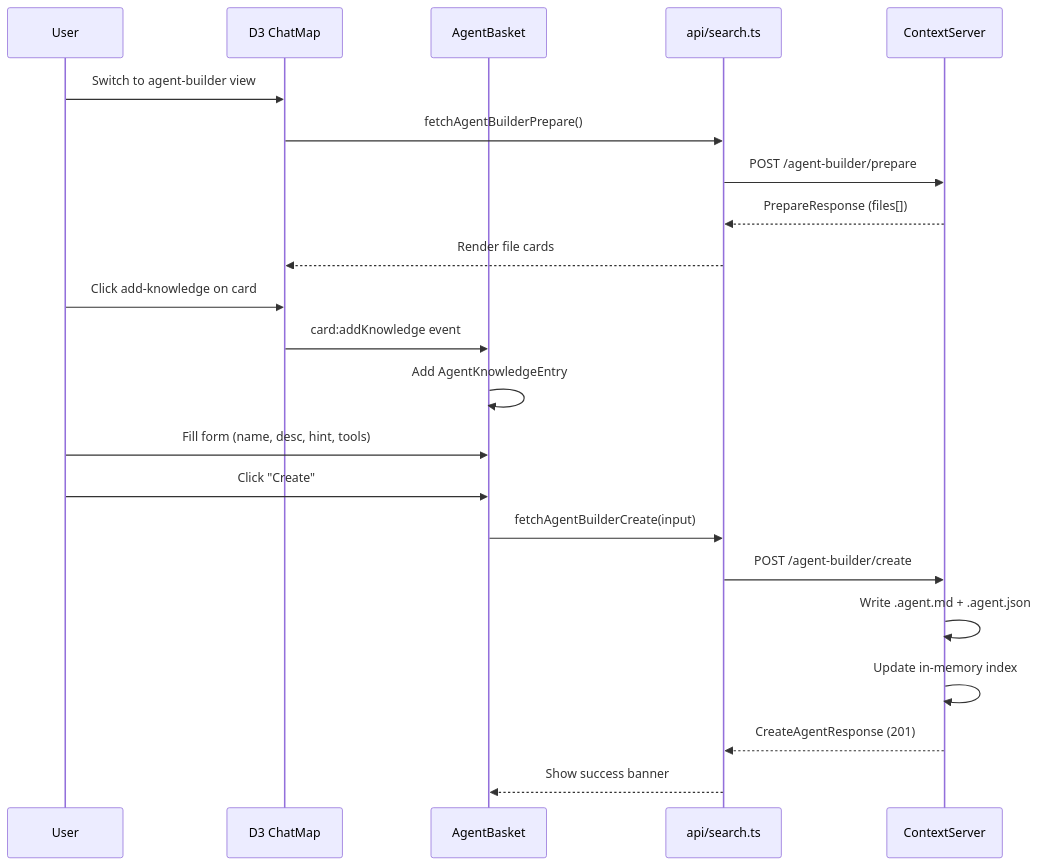
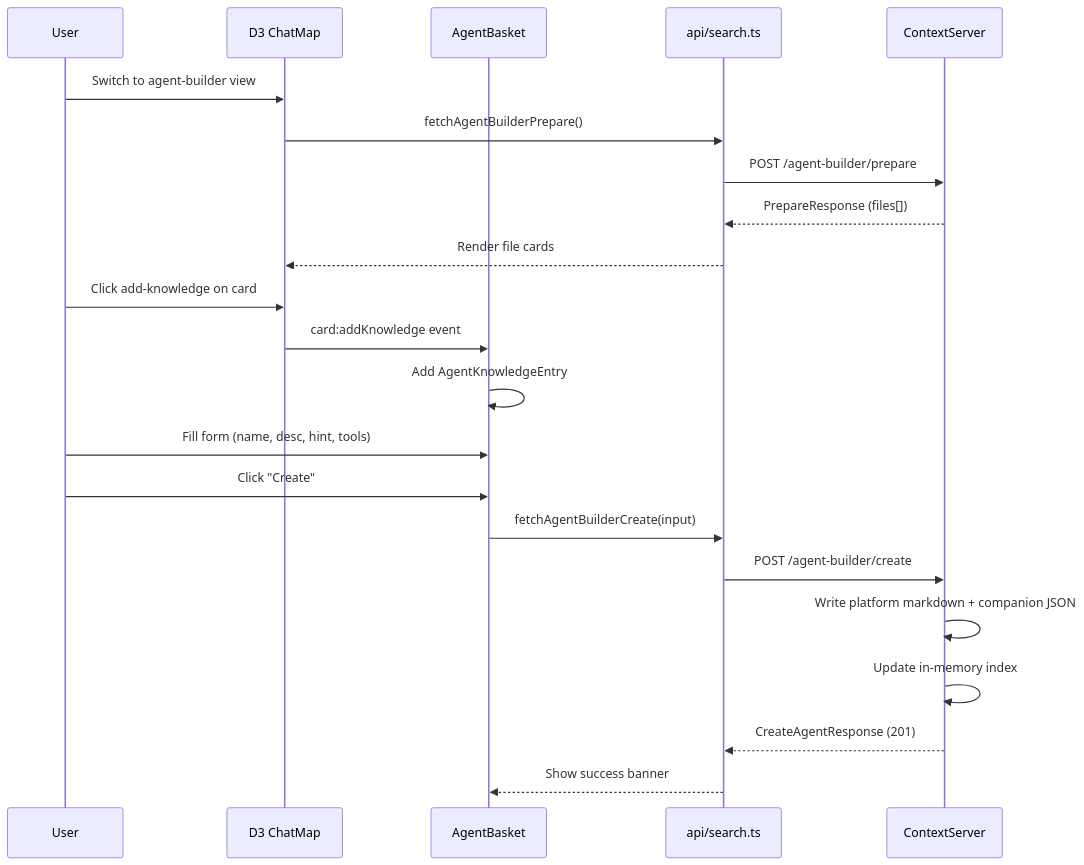
Before and after one commit to Kyliathy/context-core: the tenth of 12 diagrams in server/zz-reach2/architecture/agents/archi-agent-builder.md, drawn with Mermaid. The commit also changed other lines of this file and 23 other files, not shown here.

````diff
--- a/server/zz-reach2/architecture/agents/archi-agent-builder.md
+++ b/server/zz-reach2/architecture/agents/archi-agent-builder.md
@@ -520,27 +650,27 @@
 ```mermaid
 sequenceDiagram
     participant User as User
     participant D3 as D3 ChatMap
     participant Basket as AgentBasket
     participant API as api/search.ts
     participant Server as ContextServer
 
     User->>D3: Switch to agent-builder view
     D3->>API: fetchAgentBuilderPrepare()
     API->>Server: POST /agent-builder/prepare
     Server-->>API: PrepareResponse (files[])
     API-->>D3: Render file cards
 
     User->>D3: Click add-knowledge on card
     D3->>Basket: card:addKnowledge event
     Basket->>Basket: Add AgentKnowledgeEntry
 
     User->>Basket: Fill form (name, desc, hint, tools)
     User->>Basket: Click "Create"
     Basket->>API: fetchAgentBuilderCreate(input)
     API->>Server: POST /agent-builder/create
-    Server->>Server: Write .agent.md + .agent.json
+    Server->>Server: Write platform markdown + companion JSON
     Server->>Server: Update in-memory index
     Server-->>API: CreateAgentResponse (201)
     API-->>Basket: Show success banner
 ```
````
